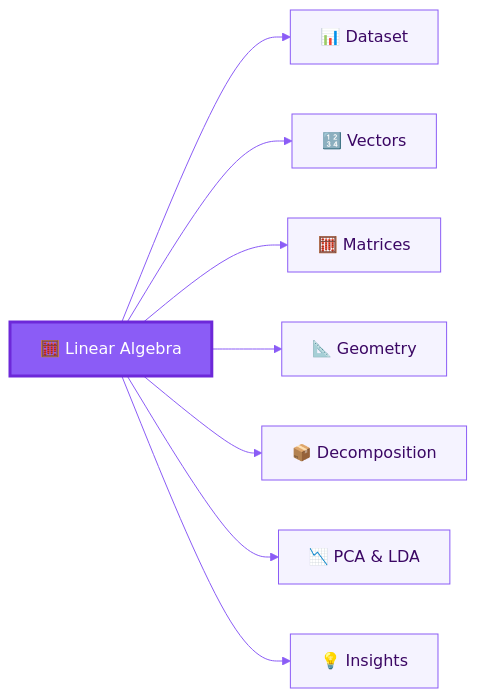
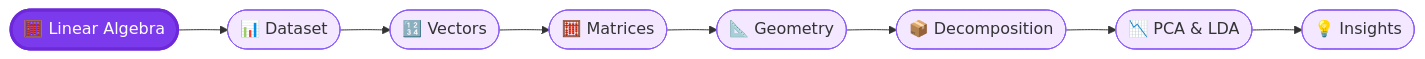
One commit to shrutiii87/Calculative-Foundation changed the diagram in s.md. Above: the diagram before and after it, drawn with Mermaid.

````diff
--- a/s.md
+++ b/s.md
@@ -1,33 +1,21 @@
 ```mermaid
-%%{init:{
-'theme':'base',
-'themeVariables':{
-'primaryColor':'#F5F3FF',
-'primaryBorderColor':'#8B5CF6',
-'primaryTextColor':'#3B0764',
-'lineColor':'#8B5CF6',
-'fontFamily':'Poppins',
-'fontSize':'16px'
-}}}%%
-
 flowchart LR
 
-A["🧮 Linear Algebra"]
+A([🧮 Linear Algebra])
+--> B([📊 Dataset])
+--> C([🔢 Vectors])
+--> D([🧮 Matrices])
+--> E([📐 Geometry])
+--> F([📦 Decomposition])
+--> G([📉 PCA & LDA])
+--> H([💡 Insights])
 
-A --> B["📊 Dataset"]
-A --> C["🔢 Vectors"]
-A --> D["🧮 Matrices"]
-A --> E["📐 Geometry"]
-A --> F["📦 Decomposition"]
-A --> G["📉 PCA & LDA"]
-A --> H["💡 Insights"]
-
-style A fill:#8B5CF6,color:#ffffff,stroke:#6D28D9,stroke-width:3px
-style B fill:#F5F3FF,stroke:#8B5CF6,color:#3B0764
-style C fill:#F5F3FF,stroke:#8B5CF6,color:#3B0764
-style D fill:#F5F3FF,stroke:#8B5CF6,color:#3B0764
-style E fill:#F5F3FF,stroke:#8B5CF6,color:#3B0764
-style F fill:#F5F3FF,stroke:#8B5CF6,color:#3B0764
-style G fill:#F5F3FF,stroke:#8B5CF6,color:#3B0764
-style H fill:#F5F3FF,stroke:#8B5CF6,color:#3B0764
+style A fill:#7C3AED,color:#fff,stroke:#6D28D9,stroke-width:3px
+style B fill:#F3E8FF,stroke:#8B5CF6
+style C fill:#F3E8FF,stroke:#8B5CF6
+style D fill:#F3E8FF,stroke:#8B5CF6
+style E fill:#F3E8FF,stroke:#8B5CF6
+style F fill:#F3E8FF,stroke:#8B5CF6
+style G fill:#F3E8FF,stroke:#8B5CF6
+style H fill:#F3E8FF,stroke:#8B5CF6
 ```
````
